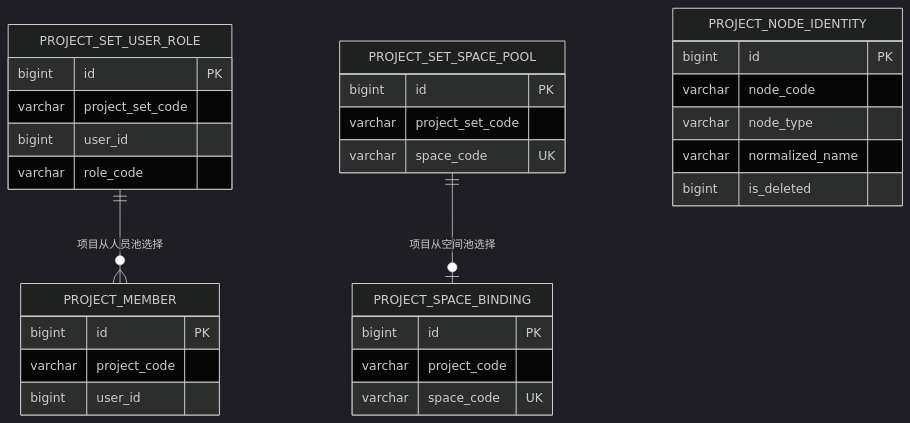
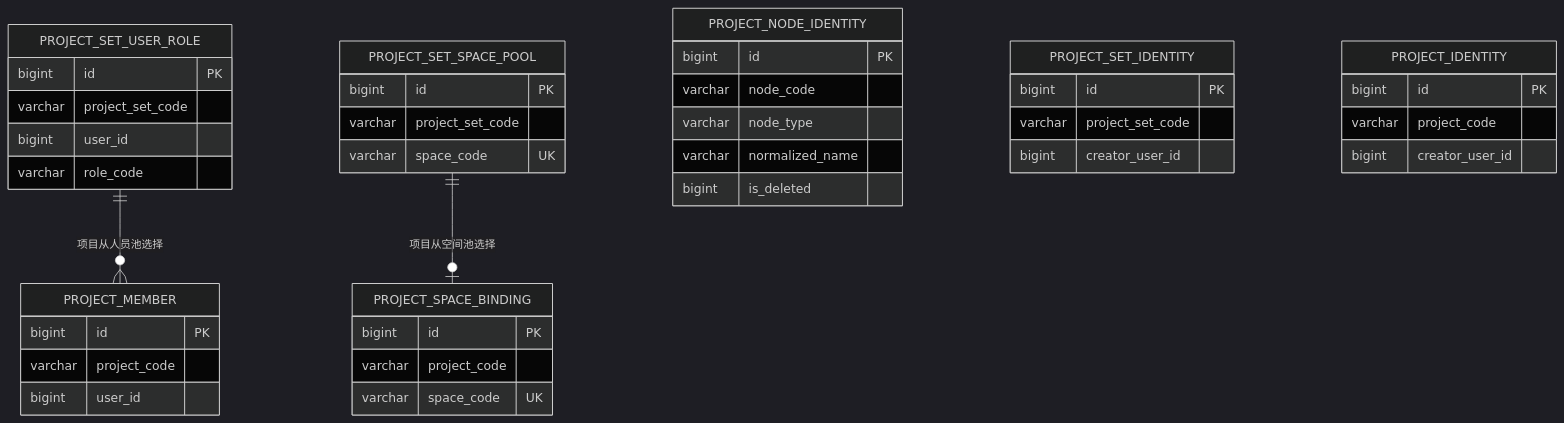
The third of 4 diagrams in ai-guidance/products/company/device-inspection-platform/decisions/project-set-project-management.md (cnxutu/tu-devkit), drawn with Mermaid (dark theme) before and after one commit. The commit also changed other lines of this file, not shown here.

````diff
--- a/ai-guidance/products/company/device-inspection-platform/decisions/project-set-project-management.md
+++ b/ai-guidance/products/company/device-inspection-platform/decisions/project-set-project-management.md
@@ -51,33 +117,43 @@
 ```mermaid
 erDiagram
   PROJECT_SET_USER_ROLE {
     bigint id PK
     varchar project_set_code
     bigint user_id
     varchar role_code
   }
   PROJECT_SET_SPACE_POOL {
     bigint id PK
     varchar project_set_code
     varchar space_code UK
   }
   PROJECT_MEMBER {
     bigint id PK
     varchar project_code
     bigint user_id
   }
   PROJECT_SPACE_BINDING {
     bigint id PK
     varchar project_code
     varchar space_code UK
   }
   PROJECT_NODE_IDENTITY {
     bigint id PK
     varchar node_code
     varchar node_type
     varchar normalized_name
     bigint is_deleted
   }
+  PROJECT_SET_IDENTITY {
+    bigint id PK
+    varchar project_set_code
+    bigint creator_user_id
+  }
+  PROJECT_IDENTITY {
+    bigint id PK
+    varchar project_code
+    bigint creator_user_id
+  }
   PROJECT_SET_USER_ROLE ||--o{ PROJECT_MEMBER : "项目从人员池选择"
   PROJECT_SET_SPACE_POOL ||--o| PROJECT_SPACE_BINDING : "项目从空间池选择"
 ```
````
